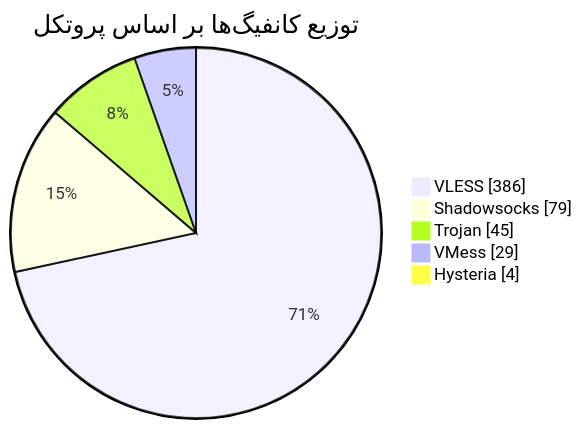
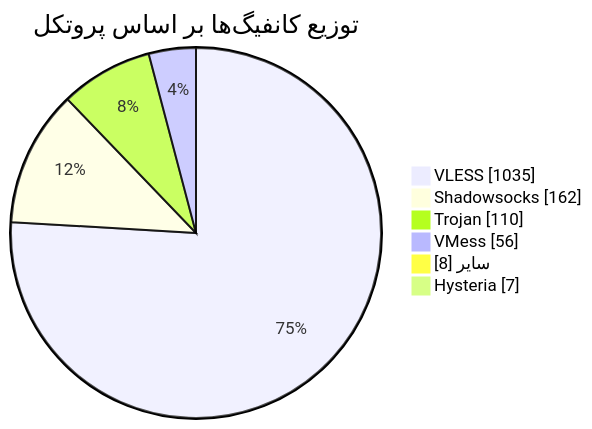
Before and after one commit to Arian-Alijani/Somthing: the diagram in README.md, drawn with Mermaid. The commit also changed other lines of this file and 111 other files, not shown here.

````diff
--- a/README.md
+++ b/README.md
@@ -47,9 +48,10 @@
 ```mermaid
 pie showData
     title توزیع کانفیگ‌ها بر اساس پروتکل
-    "VLESS" : 386
-    "Shadowsocks" : 79
-    "Trojan" : 45
-    "VMess" : 29
-    "Hysteria" : 4
+    "VLESS" : 1035
+    "Shadowsocks" : 162
+    "Trojan" : 110
+    "VMess" : 56
+    "سایر" : 8
+    "Hysteria" : 7
 ```
````
